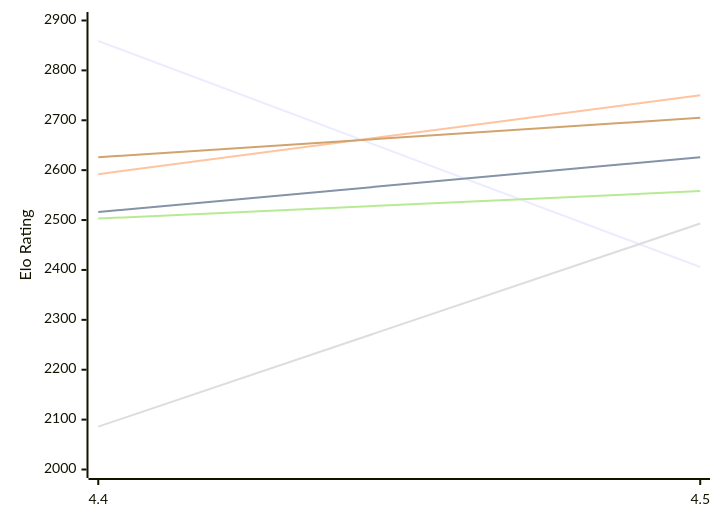
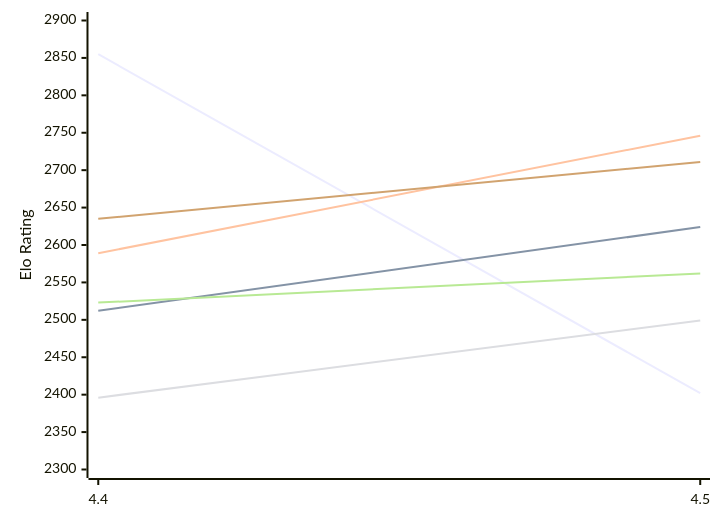
One commit to computer-chess-index/cci changed the first of 2 diagrams in engines/Eubos.md. Above: the diagram before and after it, drawn with Mermaid. The commit also changed other lines of this file, not shown here.

Commit message:
Update CCI Ratings (ELO VLTC) - 2026-11-21

````diff
--- a/engines/Eubos.md
+++ b/engines/Eubos.md
@@ -52,12 +52,12 @@
 ```mermaid
 %%{init: {"theme":"base","themeVariables":{"seriesColors:['#a3a3a3','#222221','#faa371']}}}%%
 xychart-beta
   x-axis ["4.4", "4.5"]
-  y-axis "Elo Rating" 2000 --> 2900
-  line "E1: STC (8.0+0.08s)" [2859, 2406]
-  line "E1: LTC (60.0+0.60s)" [2516, 2626]
-  line "E1: VLTC (2m24s+1.12s)" [2592, 2750]
-  line "P1: STC (8.0+0.08s)" [2086, 2493]
-  line "P1: LTC (60.0+0.60s)" [2503, 2558]
-  line "P1: VLTC (2m24s+1.12s)" [2626, 2705]
+  y-axis "Elo Rating" 2300 --> 2900
+  line "E1: STC (8.0+0.08s)" [2855, 2402]
+  line "E1: LTC (60.0+0.60s)" [2512, 2624]
+  line "E1: VLTC (2m24s+1.12s)" [2589, 2746]
+  line "P1: STC (8.0+0.08s)" [2396, 2499]
+  line "P1: LTC (60.0+0.60s)" [2523, 2562]
+  line "P1: VLTC (2m24s+1.12s)" [2635, 2711]
 ```
````
